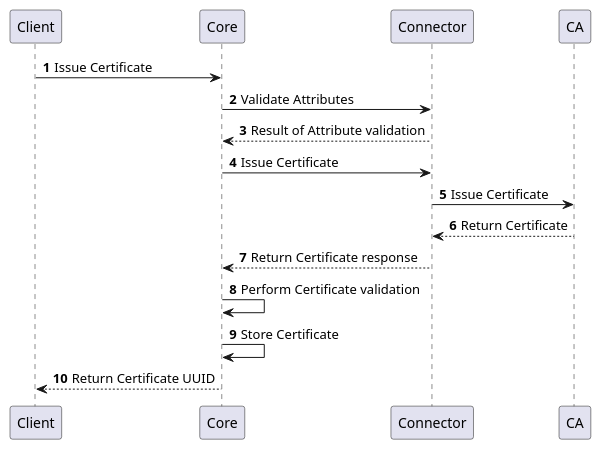
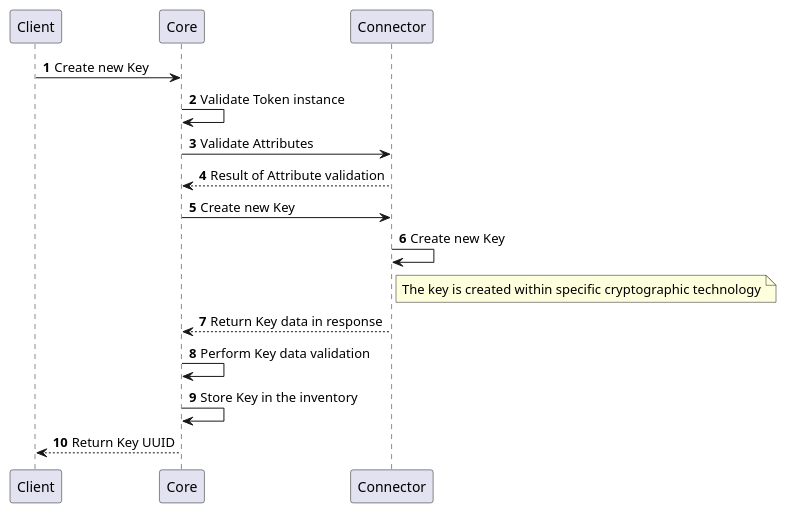
The eighth of 9 diagrams in docs/12-connectors/05-description/35-cryptography-provider.md (CZERTAINLY/CZERTAINLY-Documentation), drawn with PlantUML before and after one commit. The commit also changed other lines of this file, not shown here.

Commit message:
Update key management processes

````diff
--- a/docs/12-connectors/05-description/35-cryptography-provider.md
+++ b/docs/12-connectors/05-description/35-cryptography-provider.md
@@ -219,16 +221,17 @@
 ```plantuml
     @startuml
     autonumber
     skinparam topurl https://docs.czertainly.com/api/
-        Client -> Core [[core-client-operations/#tag/v2-Client-Operations-API/operation/issueCertificate]]: Issue Certificate
-        Core -> Connector [[connector-authority-provider-v2/#tag/Certificate-Management-API/operation/validateIssueCertificateAttributes]]: Validate Attributes
+        Client -> Core [[core-key/#tag/Key-Management-API/operation/createKey]]: Create new Key
+        Core -> Core: Validate Token instance
+        Core -> Connector [[connector-cryptography-provider/#tag/Key-Management-API/operation/validateCreateKeyAttributes]]: Validate Attributes
         Connector --> Core: Result of Attribute validation
-        Core -> Connector [[connector-authority-provider-v2/#tag/Certificate-Management-API/operation/issueCertificate]]: Issue Certificate
-        Connector -> CA: Issue Certificate
-        CA --> Connector: Return Certificate
-        Connector --> Core: Return Certificate response
-        Core -> Core : Perform Certificate validation
-        Core -> Core : Store Certificate
-        Core --> Client: Return Certificate UUID
+        Core -> Connector [[connector-cryptography-provider/#tag/Key-Management-API/operation/createKey]]: Create new Key
+        Connector -> Connector: Create new Key
+        note right of Connector: The key is created within specific cryptographic technology
+        Connector --> Core: Return Key data in response
+        Core -> Core : Perform Key data validation
+        Core -> Core : Store Key in the inventory
+        Core --> Client: Return Key UUID
     @enduml
 ```
````
